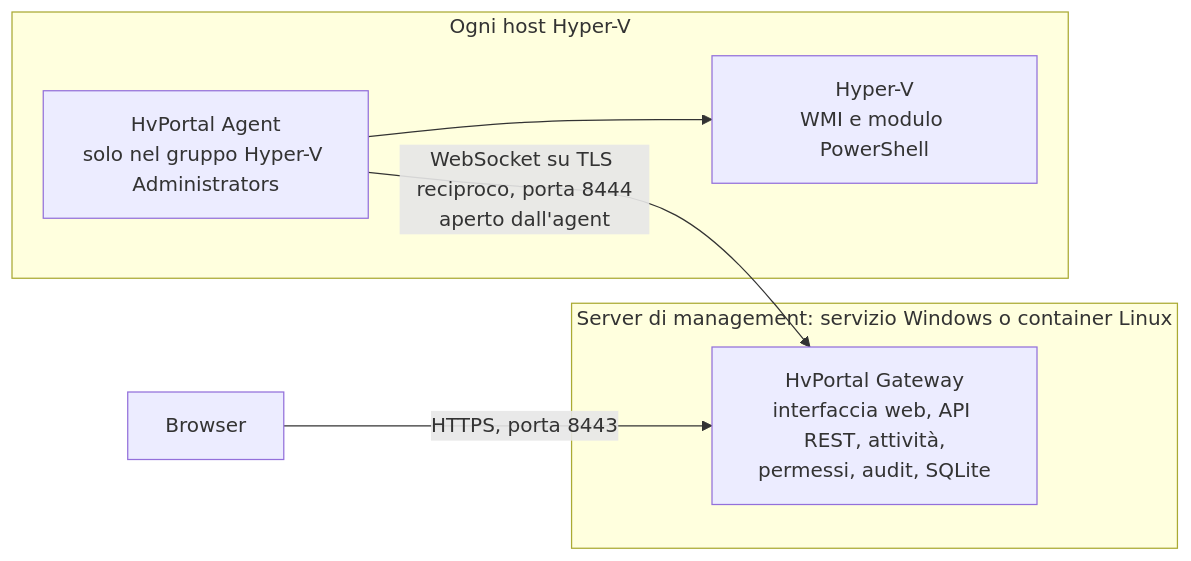
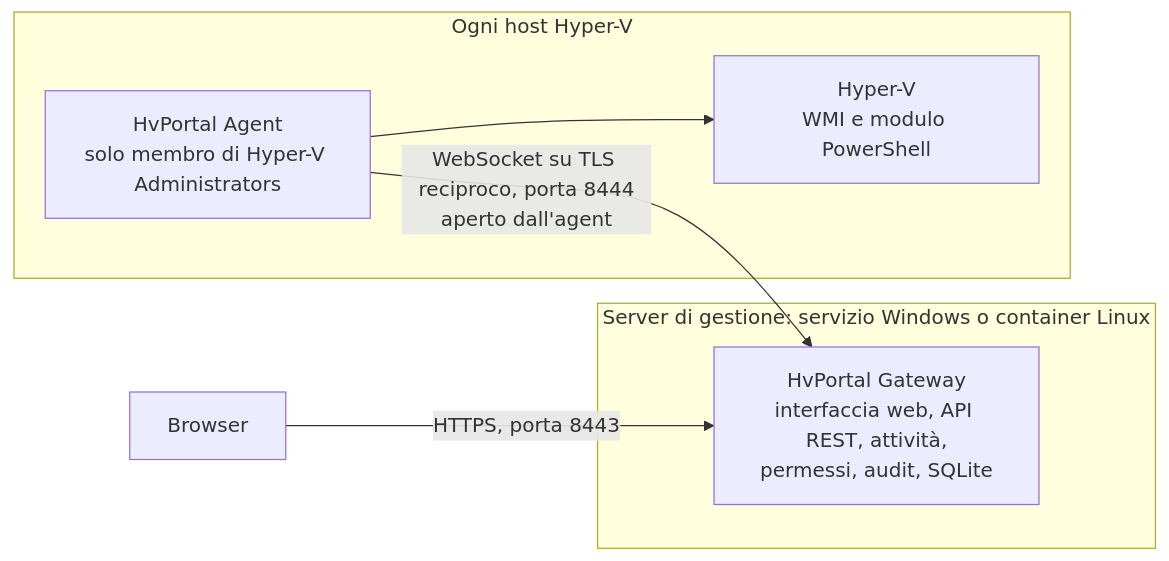
Before and after one commit to NEXQsrl/HvPortal: the diagram in README_IT.md, drawn with Mermaid. The commit also changed other lines of this file and 16 other files, not shown here.

````diff
--- a/README_IT.md
+++ b/README_IT.md
@@ -132,14 +199,14 @@
 ```mermaid
 flowchart LR
     browser["Browser"]
-    subgraph mgmt["Server di management: servizio Windows o container Linux"]
+    subgraph mgmt["Server di gestione: servizio Windows o container Linux"]
         gw["HvPortal Gateway<br/>interfaccia web, API REST, attività,<br/>permessi, audit, SQLite"]
     end
     subgraph host["Ogni host Hyper-V"]
-        agent["HvPortal Agent<br/>solo nel gruppo Hyper-V Administrators"]
+        agent["HvPortal Agent<br/>solo membro di Hyper-V Administrators"]
         hv["Hyper-V<br/>WMI e modulo PowerShell"]
         agent --> hv
     end
     browser -- "HTTPS, porta 8443" --> gw
     agent -- "WebSocket su TLS reciproco, porta 8444<br/>aperto dall'agent" --> gw
 ```
````
